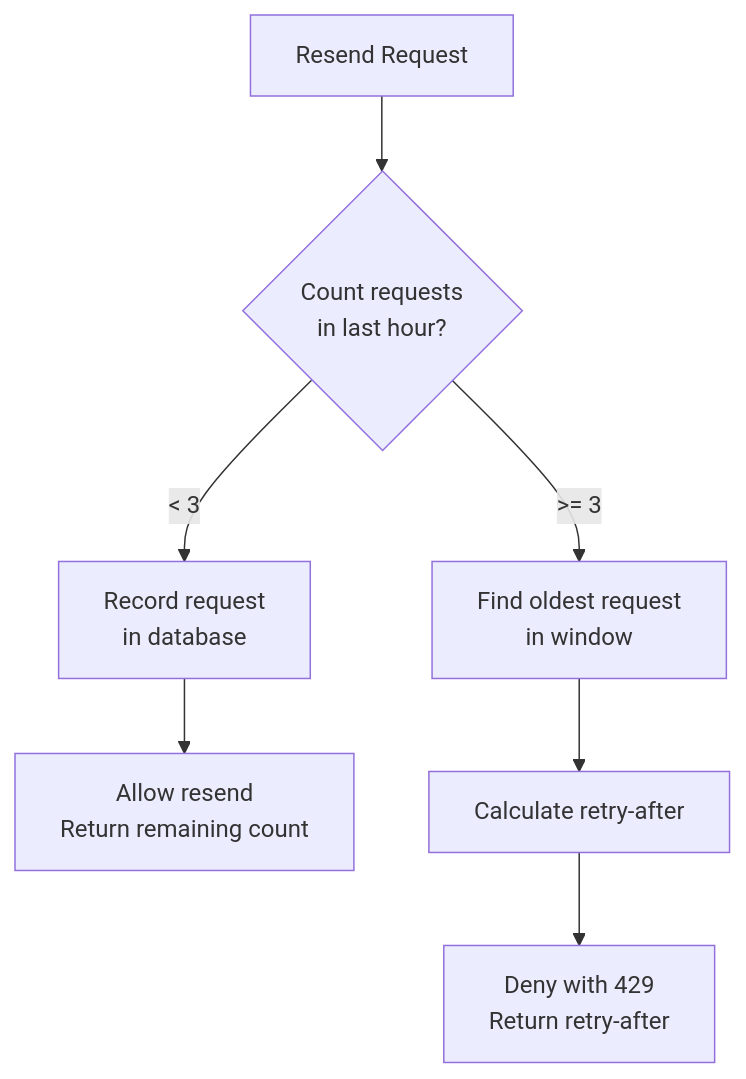
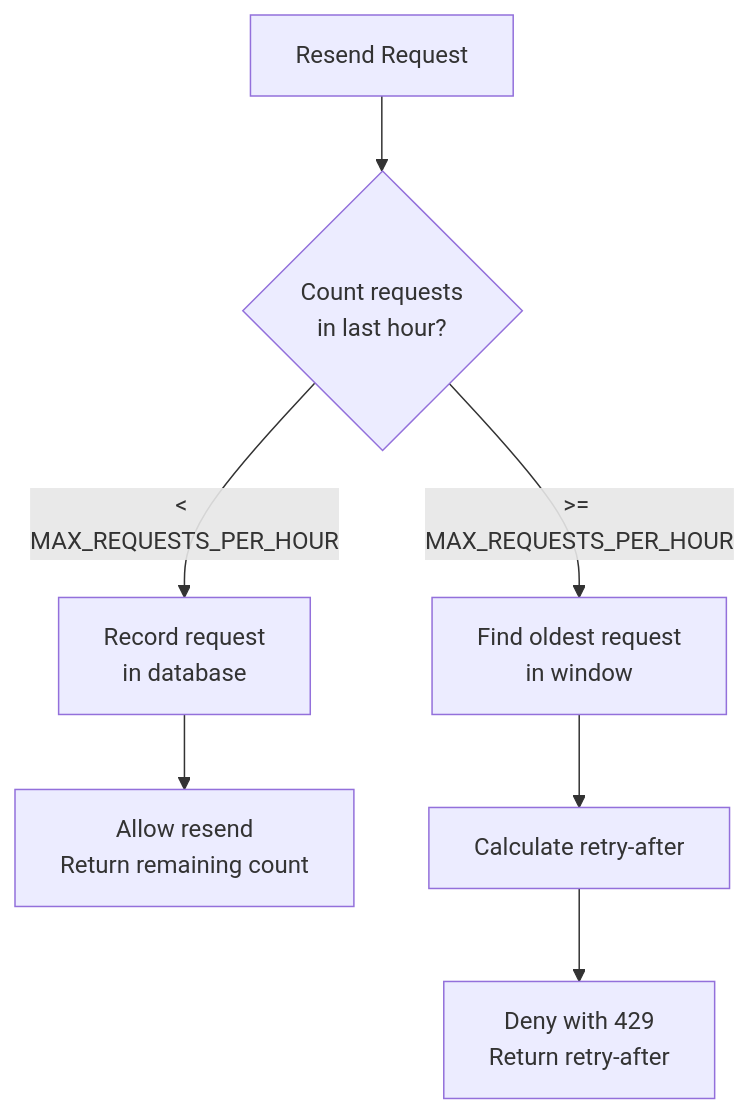
The diagram in documentation/adrs/0019-persistent-rate-limiting.md (cebartling/acme-inc-2026), drawn with Mermaid before and after one commit. The commit also changed other lines of this file and 6 other files, not shown here.

````diff
--- a/documentation/adrs/0019-persistent-rate-limiting.md
+++ b/documentation/adrs/0019-persistent-rate-limiting.md
@@ -74,10 +74,10 @@
 ```mermaid
 flowchart TD
     Request[Resend Request] --> Query{Count requests<br/>in last hour?}
-    Query -->|< 3| Record[Record request<br/>in database]
+    Query -->|< MAX_REQUESTS_PER_HOUR| Record[Record request<br/>in database]
     Record --> Allow[Allow resend<br/>Return remaining count]
 
-    Query -->|>= 3| Find[Find oldest request<br/>in window]
+    Query -->|>= MAX_REQUESTS_PER_HOUR| Find[Find oldest request<br/>in window]
     Find --> Calculate[Calculate retry-after]
     Calculate --> Deny[Deny with 429<br/>Return retry-after]
 ```
````
